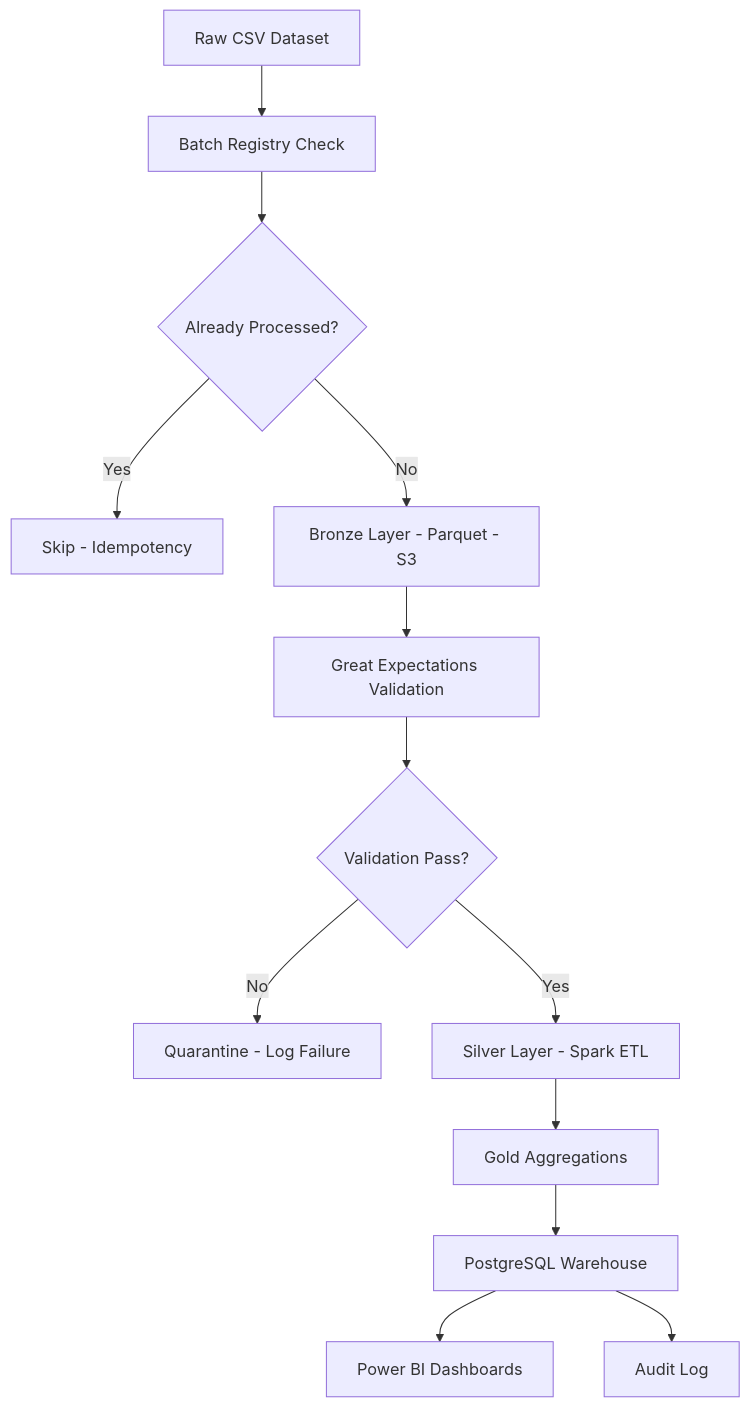
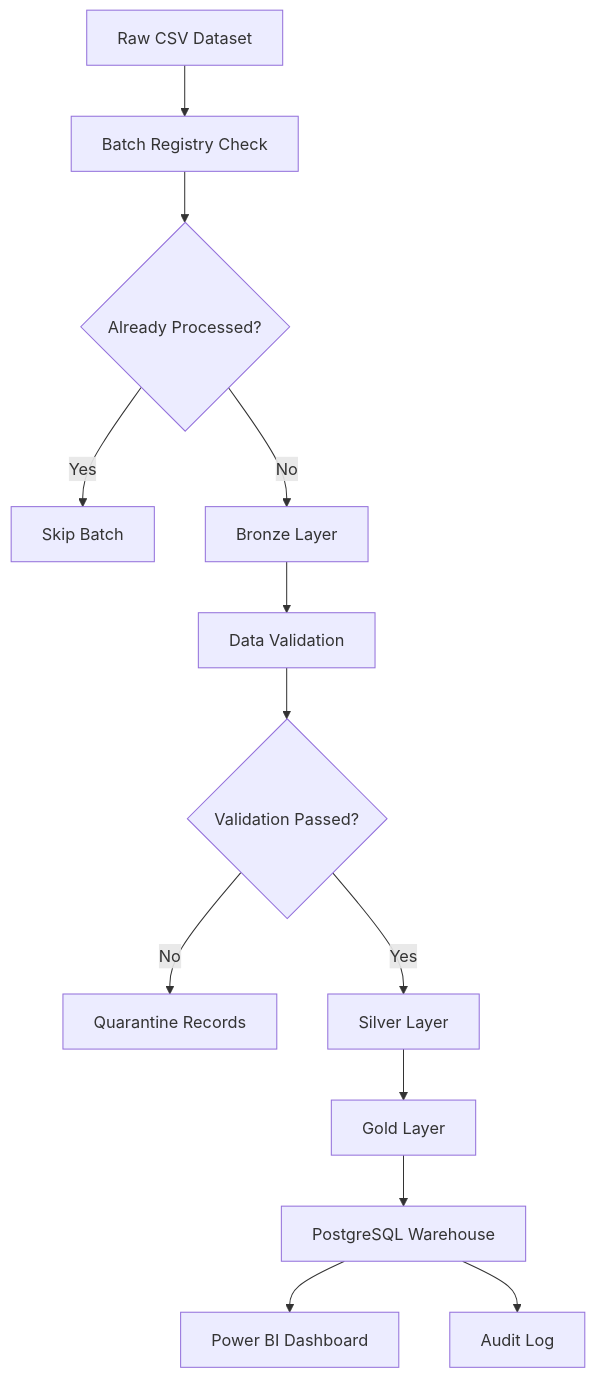
One commit to ojeshwigautam/DataLakehouse-Platform changed the first of 2 diagrams in README.md. Above: the diagram before and after it, drawn with Mermaid.

Commit message:
Update pipeline flow diagram in README

````diff
--- a/README.md
+++ b/README.md
@@ -164,15 +164,25 @@
 ```mermaid
 flowchart TD
-    A[Raw CSV Dataset] --> B[Batch Registry Check]
-    B --> C{Already Processed?}
-    C -->|Yes| D[Skip - Idempotency]
-    C -->|No| E[Bronze Layer - Parquet - S3]
-    E --> F[Great Expectations Validation]
-    F --> G{Validation Pass?}
-    G -->|No| H[Quarantine - Log Failure]
-    G -->|Yes| I[Silver Layer - Spark ETL]
-    I --> J[Gold Aggregations]
-    J --> K[PostgreSQL Warehouse]
-    K --> L[Power BI Dashboards]
-    K --> M[Audit Log]
+
+A[Raw CSV Dataset] --> B[Batch Registry Check]
+
+B --> C{Already Processed?}
+
+C -->|Yes| D[Skip Batch]
+C -->|No| E[Bronze Layer]
+
+E --> F[Data Validation]
+
+F --> G{Validation Passed?}
+
+G -->|No| H[Quarantine Records]
+G -->|Yes| I[Silver Layer]
+
+I --> J[Gold Layer]
+
+J --> K[PostgreSQL Warehouse]
+
+K --> L[Power BI Dashboard]
+
+K --> M[Audit Log]
 ```
````
